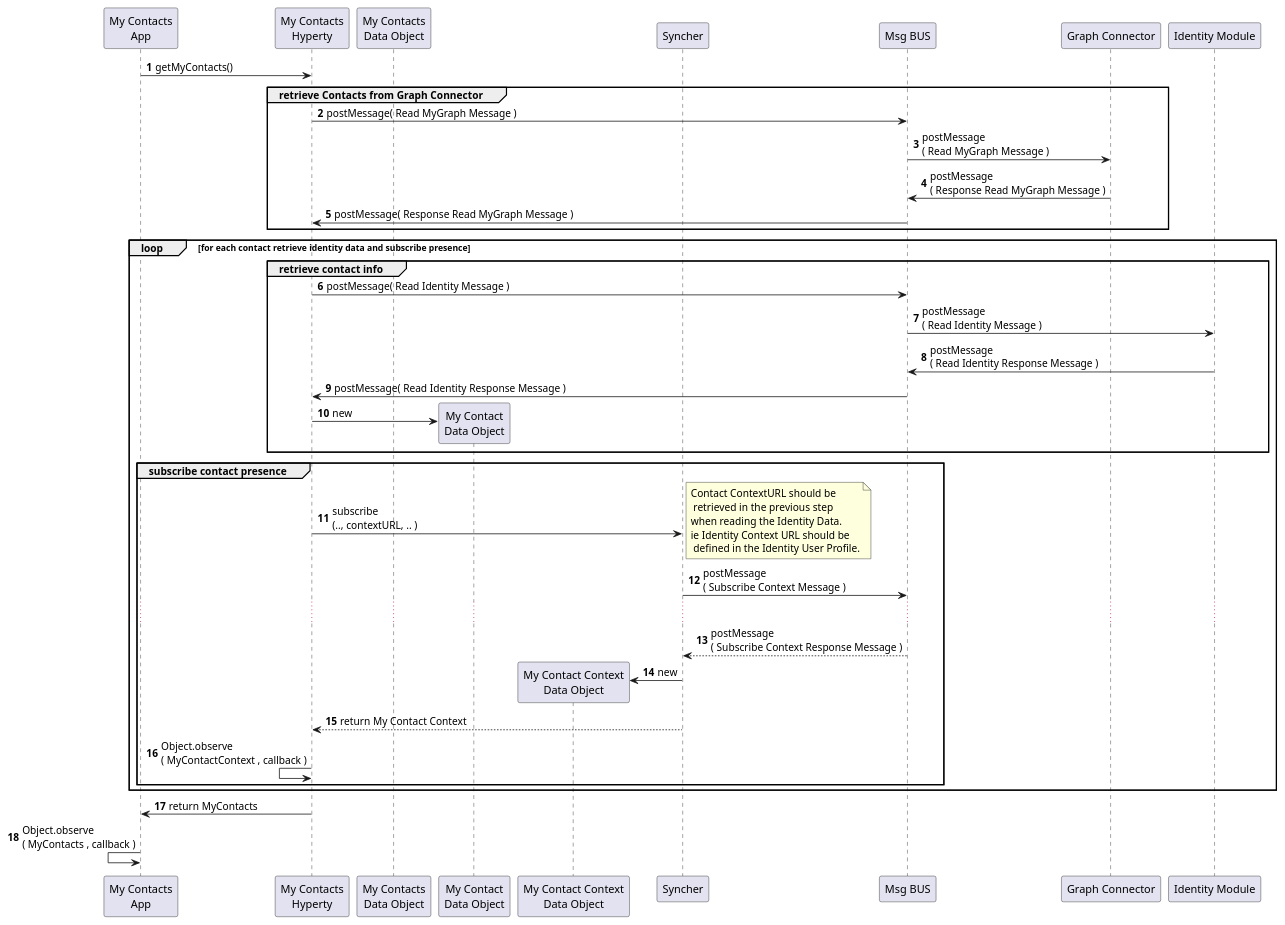
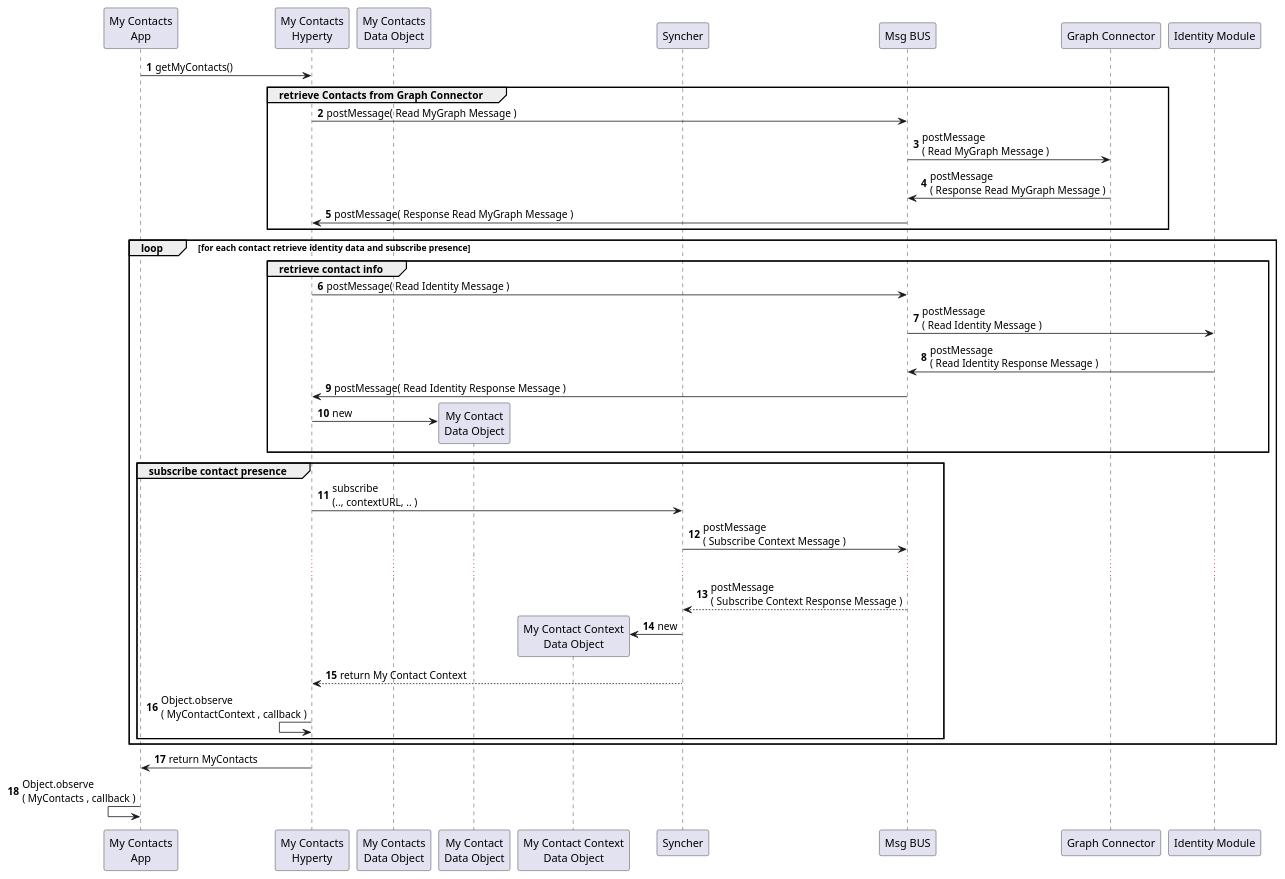
The diagram in docs/hyperties/my-contacts/my-contacts-setup.puml (reTHINK-project/scenario-service-implementation), drawn with PlantUML before and after one commit. The commit also changed 8 other files, not shown here.

```diff
--- a/docs/hyperties/my-contacts/my-contacts-setup.puml
+++ b/docs/hyperties/my-contacts/my-contacts-setup.puml
@@ -1,88 +1,80 @@
 @startuml
 autonumber
 
 participant "My Contacts\nApp" as app
 
 participant "My Contacts\nHyperty" as myContactsH
 
 participant "My Contacts\nData Object" as myContacts
 
 participant "My Contact\nData Object" as myContact
 
 participant "My Contact Context\nData Object" as myContactCtxt
 
 participant "Syncher" as sync
 
 participant "Msg BUS" as bus
 
 participant "Graph Connector" as graph
 
 participant "Identity Module" as idMod
 
 app ->  myContactsH : getMyContacts()
 
 group retrieve Contacts from Graph Connector
 
 myContactsH -> bus : postMessage( Read MyGraph Message )
 
 graph <- bus : postMessage\n( Read MyGraph Message )
 
 graph -> bus : postMessage\n( Response Read MyGraph Message )
 
 myContactsH <- bus : postMessage( Response Read MyGraph Message )
 
 end
 
 loop for each contact retrieve identity data and subscribe presence
 
   group retrieve contact info
 
   myContactsH -> bus : postMessage( Read Identity Message )
 
   idMod <- bus : postMessage\n( Read Identity Message )
 
   idMod -> bus : postMessage\n( Read Identity Response Message )
 
   myContactsH <- bus : postMessage( Read Identity Response Message )
 
   create myContact
 
   myContactsH -> myContact : new
 
   end
 
   group subscribe contact presence
 
   myContactsH -> sync : subscribe\n(.., contextURL, .. )
 
-  note right
-    Contact ContextURL should be
-     retrieved in the previous step
-    when reading the Identity Data.
-    ie Identity Context URL should be
-     defined in the Identity User Profile.
-  end note
-
   bus <- sync : postMessage\n( Subscribe Context Message )
 
 ...
 
   bus --> sync : postMessage\n( Subscribe Context Response Message )
 
   create myContactCtxt
 
   sync -> myContactCtxt : new
 
   myContactsH <-- sync : return My Contact Context
 
   myContactsH <-  myContactsH : Object.observe\n( MyContactContext , callback )
 
   end
 end
 
 app <-  myContactsH : return MyContacts
 
 app <-  app : Object.observe\n( MyContacts , callback )
 
 
 @enduml
```
